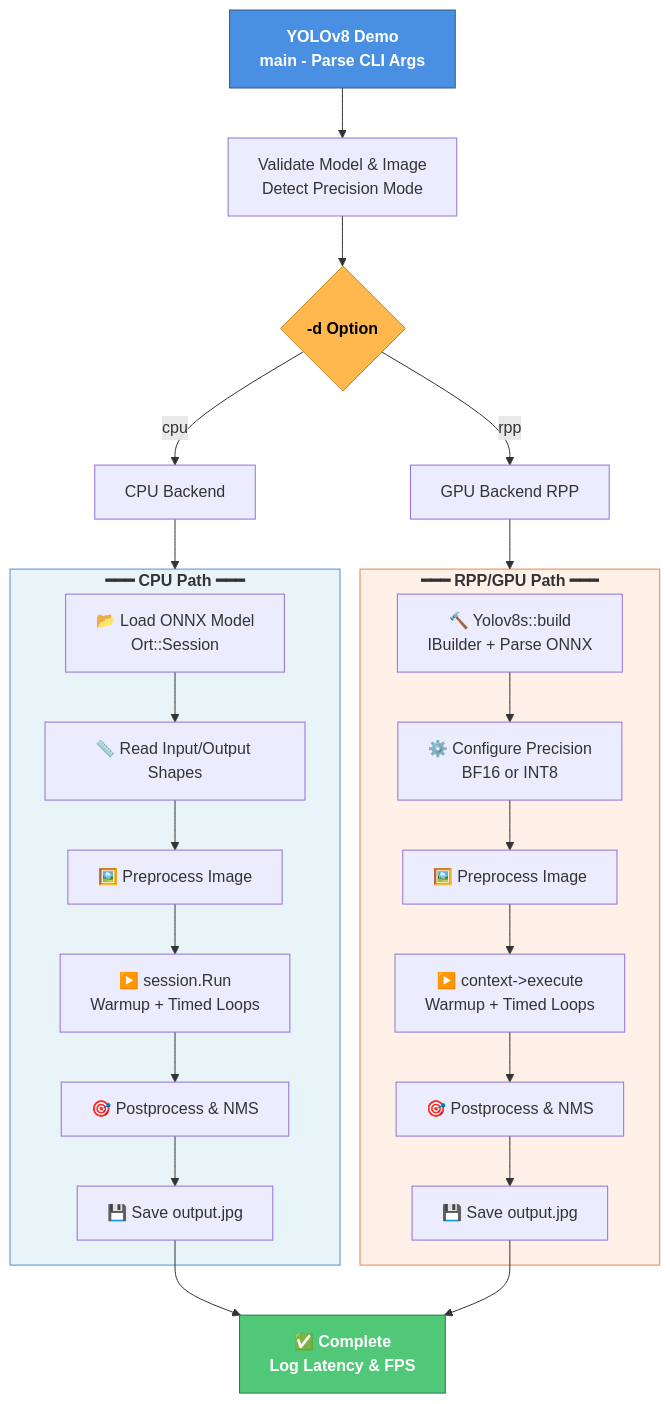
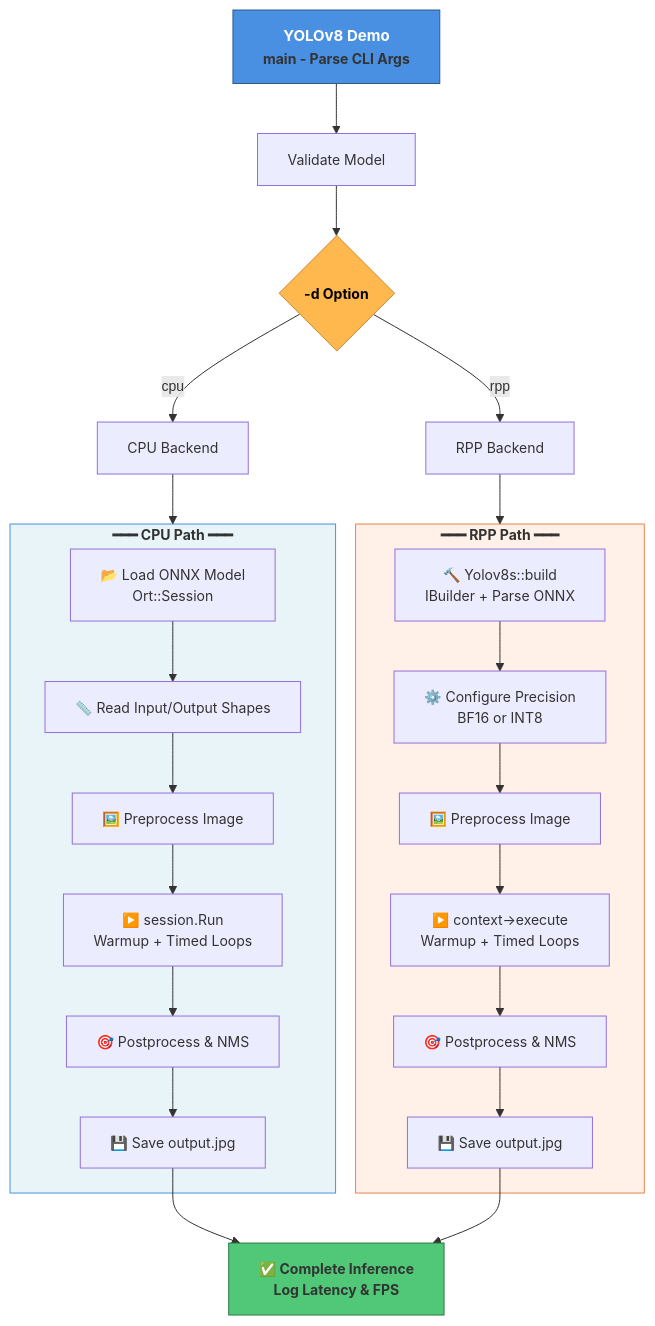
Before and after one commit to xdltek/YOLOv8: the diagram in README.md, drawn with Mermaid.

Commit message:
use Mermaid subgraphs to clearly display the inference process

````diff
--- a/README.md
+++ b/README.md
@@ -107,42 +107,55 @@
 ```mermaid
+%%{init: {'theme':'default', 'themeVariables': {'primaryFontFamily': 'Inter, Roboto, -apple-system, system-ui, sans-serif', 'fontSize': '14px', 'fontFamily': 'Inter, Roboto, -apple-system, system-ui, sans-serif', 'primaryColor': '#4A90E2', 'primaryBorderColor': '#2E5C8A', 'primaryTextColor': '#fff', 'successBkgColor': '#50C878', 'successTextColor': '#fff'}, 'flowchart': {'htmlLabels': true}}}%%
 graph TD
-    Start["<b style='font-size:16px'>YOLOv8 Demo</b><br/>main - Parse CLI Args"] --> Validate["Validate Model & Image<br/>Detect Precision Mode"]
+    Start["<b style='font-family: Inter, Roboto, sans-serif; font-size: 15px'>YOLOv8 Demo</b><br/><span style='font-family: Inter, Roboto, sans-serif'>main - Parse CLI Args</span>"] --> Validate["<span style='font-family: Inter, Roboto, sans-serif'>Validate Model</span>"]
     Validate --> Decision{"-d" Option}
     
-    Decision -->|cpu| CPUSubgraph["CPU Backend"]
-    Decision -->|rpp| RPPSubgraph["GPU Backend RPP"]
+    Decision -->|cpu| CPUSubgraph["<span style='font-family: Inter, Roboto, sans-serif'>CPU Backend</span>"]
+    Decision -->|rpp| RPPSubgraph["<span style='font-family: Inter, Roboto, sans-serif'>RPP Backend</span>"]
     
-    subgraph CPU["<b>━━━ CPU Path ━━━</b>"]
-        C1["📂 Load ONNX Model<br/>Ort::Session"]
-        C2["📏 Read Input/Output Shapes"]
-        C3["🖼️ Preprocess Image"]
-        C4["▶️ session.Run<br/>Warmup + Timed Loops"]
-        C5["🎯 Postprocess & NMS"]
-        C6["💾 Save output.jpg"]
+    subgraph CPU["<b style='font-family: Inter, Roboto, sans-serif'>━━━ CPU Path ━━━</b>"]
+        C1["<span style='font-family: Inter, Roboto, sans-serif'>📂 Load ONNX Model<br/>Ort::Session</span>"]
+        C2["<span style='font-family: Inter, Roboto, sans-serif'>📏 Read Input/Output Shapes</span>"]
+        C3["<span style='font-family: Inter, Roboto, sans-serif'>🖼️ Preprocess Image</span>"]
+        C4["<span style='font-family: Inter, Roboto, sans-serif'>▶️ session.Run<br/>Warmup + Timed Loops</span>"]
+        C5["<span style='font-family: Inter, Roboto, sans-serif'>🎯 Postprocess & NMS</span>"]
+        C6["<span style='font-family: Inter, Roboto, sans-serif'>💾 Save output.jpg</span>"]
         
         C1 --> C2 --> C3 --> C4 --> C5 --> C6
     end
     
-    subgraph RPP["<b>━━━ RPP/GPU Path ━━━</b>"]
-        R1["🔨 Yolov8s::build<br/>IBuilder + Parse ONNX"]
-        R2["⚙️ Configure Precision<br/>BF16 or INT8"]
-        R3["🖼️ Preprocess Image"]
-        R4["▶️ context->execute<br/>Warmup + Timed Loops"]
-        R5["🎯 Postprocess & NMS"]
-        R6["💾 Save output.jpg"]
+    subgraph RPP["<b style='font-family: Inter, Roboto, sans-serif'>━━━ RPP Path ━━━</b>"]
+        R1["<span style='font-family: Inter, Roboto, sans-serif'>🔨 Yolov8s::build<br/>IBuilder + Parse ONNX</span>"]
+        R2["<span style='font-family: Inter, Roboto, sans-serif'>⚙️ Configure Precision<br/>BF16 or INT8</span>"]
+        R3["<span style='font-family: Inter, Roboto, sans-serif'>🖼️ Preprocess Image</span>"]
+        R4["<span style='font-family: Inter, Roboto, sans-serif'>▶️ context->execute<br/>Warmup + Timed Loops</span>"]
+        R5["<span style='font-family: Inter, Roboto, sans-serif'>🎯 Postprocess & NMS</span>"]
+        R6["<span style='font-family: Inter, Roboto, sans-serif'>💾 Save output.jpg</span>"]
         
         R1 --> R2 --> R3 --> R4 --> R5 --> R6
     end
     
     CPUSubgraph --> CPU
     RPPSubgraph --> RPP
     
-    C6 --> End["✅ Complete<br/>Log Latency & FPS"]
+    C6 --> End["<span style='font-family: Inter, Roboto, sans-serif'>✅ Complete Inference<br/>Log Latency & FPS</span>"]
     R6 --> End
     
-    style Start fill:#4A90E2,stroke:#2E5C8A,color:#fff,font-weight:bold
-    style End fill:#50C878,stroke:#2D7A47,color:#fff,font-weight:bold
-    style Decision fill:#FFB84D,stroke:#CC8533,color:#000,font-weight:bold
-    style CPU fill:#E8F4F8,stroke:#4A90E2
-    style RPP fill:#FFF0E8,stroke:#E8844B
+    style Start fill:#4A90E2,stroke:#2E5C8A,color:#fff,font-weight:bold,font-family:Inter
+    style End fill:#50C878,stroke:#2D7A47,color:#fff,font-weight:bold,font-family:Inter
+    style Decision fill:#FFB84D,stroke:#CC8533,color:#000,font-weight:bold,font-family:Inter
+    style CPU fill:#E8F4F8,stroke:#4A90E2,font-family:Inter
+    style RPP fill:#FFF0E8,stroke:#E8844B,font-family:Inter
+    style C1 font-family:Inter
+    style C2 font-family:Inter
+    style C3 font-family:Inter
+    style C4 font-family:Inter
+    style C5 font-family:Inter
+    style C6 font-family:Inter
+    style R1 font-family:Inter
+    style R2 font-family:Inter
+    style R3 font-family:Inter
+    style R4 font-family:Inter
+    style R5 font-family:Inter
+    style R6 font-family:Inter
 ```
````
